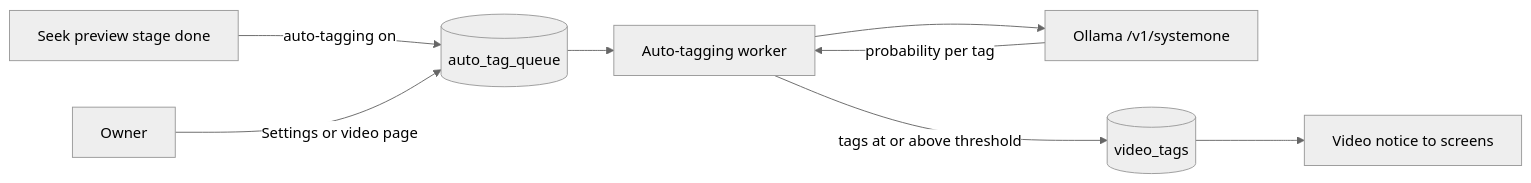
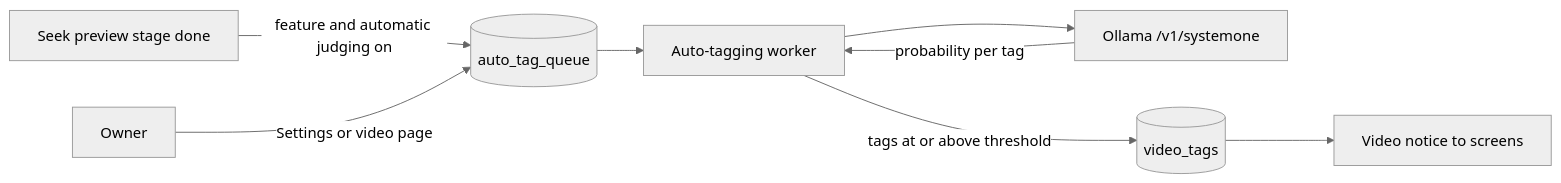
The first of 3 diagrams in docs/design-docs/auto-tagging.md (syudead/vv), drawn with Mermaid (neutral theme) before and after one commit. The commit also changed other lines of this file and 25 other files, not shown here.

First line of the commit message:
Separate the Ollama connection settings from the auto-tagging switch

````diff
--- a/docs/design-docs/auto-tagging.md
+++ b/docs/design-docs/auto-tagging.md
@@ -13,10 +13,10 @@
 ```mermaid
 flowchart LR
-  seek[Seek preview stage done] -->|auto-tagging on| queue[(auto_tag_queue)]
+  seek[Seek preview stage done] -->|feature and automatic judging on| queue[(auto_tag_queue)]
   owner[Owner] -->|Settings or video page| queue
   queue --> worker[Auto-tagging worker]
   worker --> clef[Ollama /v1/systemone]
   clef -->|probability per tag| worker
   worker -->|tags at or above threshold| tags[(video_tags)]
   tags --> screen[Video notice to screens]
 ```
````
